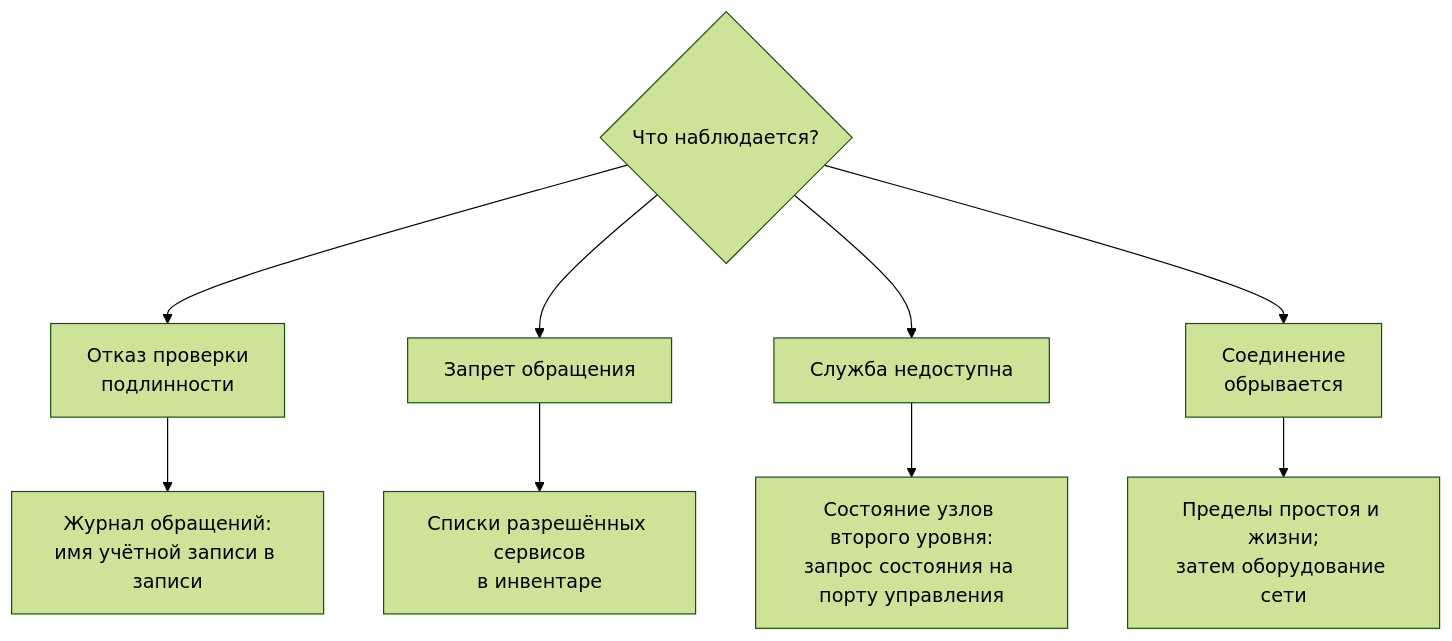
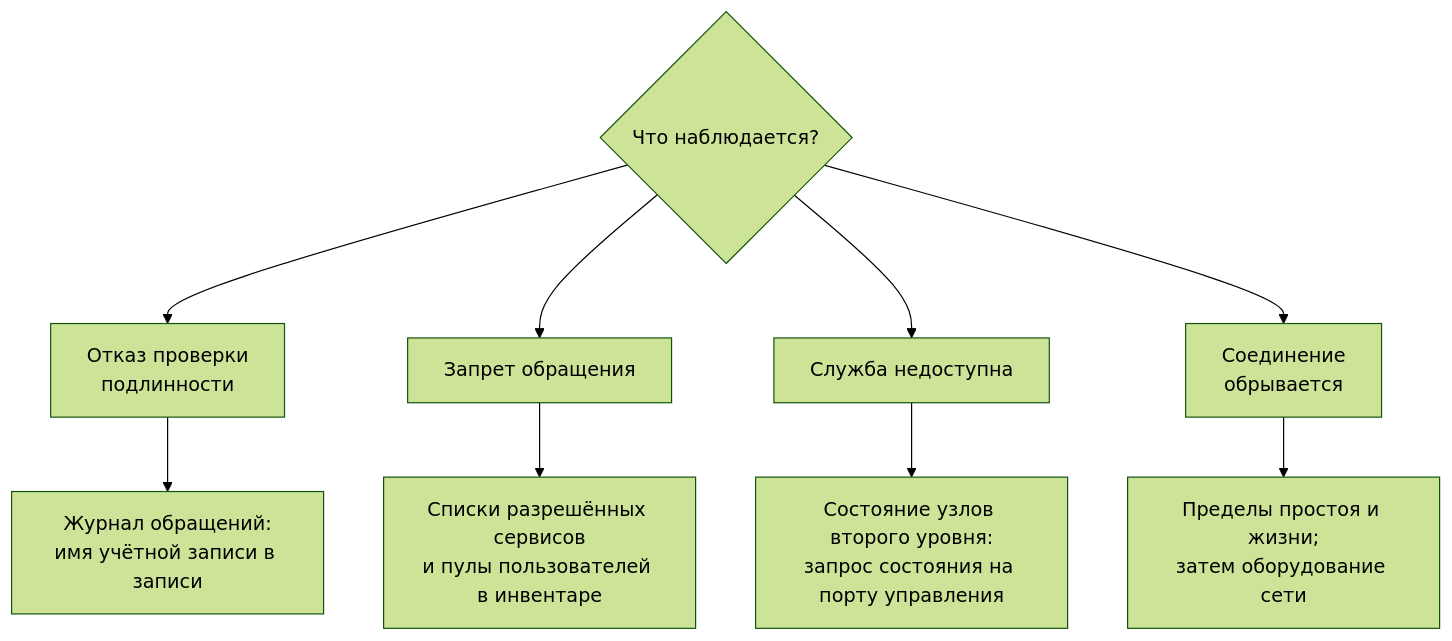
One commit to demofly/ai-proxy changed the diagram in docs/user/administrator-guide/08-troubleshooting.md. Above: the diagram before and after it, drawn with Mermaid (forest theme). The commit also changed other lines of this file and 67 other files, not shown here.

````diff
--- a/docs/user/administrator-guide/08-troubleshooting.md
+++ b/docs/user/administrator-guide/08-troubleshooting.md
@@ -10,18 +11,18 @@
 ```mermaid
 flowchart TD
     Q{"Что наблюдается?"}
     A1["Отказ проверки<br/>подлинности"]
     A2["Запрет обращения"]
     A3["Служба недоступна"]
     A4["Соединение<br/>обрывается"]
 
     L1["Журнал обращений:<br/>имя учётной записи в записи"]
-    L2["Списки разрешённых сервисов<br/>в инвентаре"]
+    L2["Списки разрешённых сервисов<br/>и пулы пользователей в инвентаре"]
     L3["Состояние узлов второго уровня:<br/>запрос состояния на порту управления"]
     L4["Пределы простоя и жизни;<br/>затем оборудование сети"]
 
     Q --> A1 --> L1
     Q --> A2 --> L2
     Q --> A3 --> L3
     Q --> A4 --> L4
 ```
````
